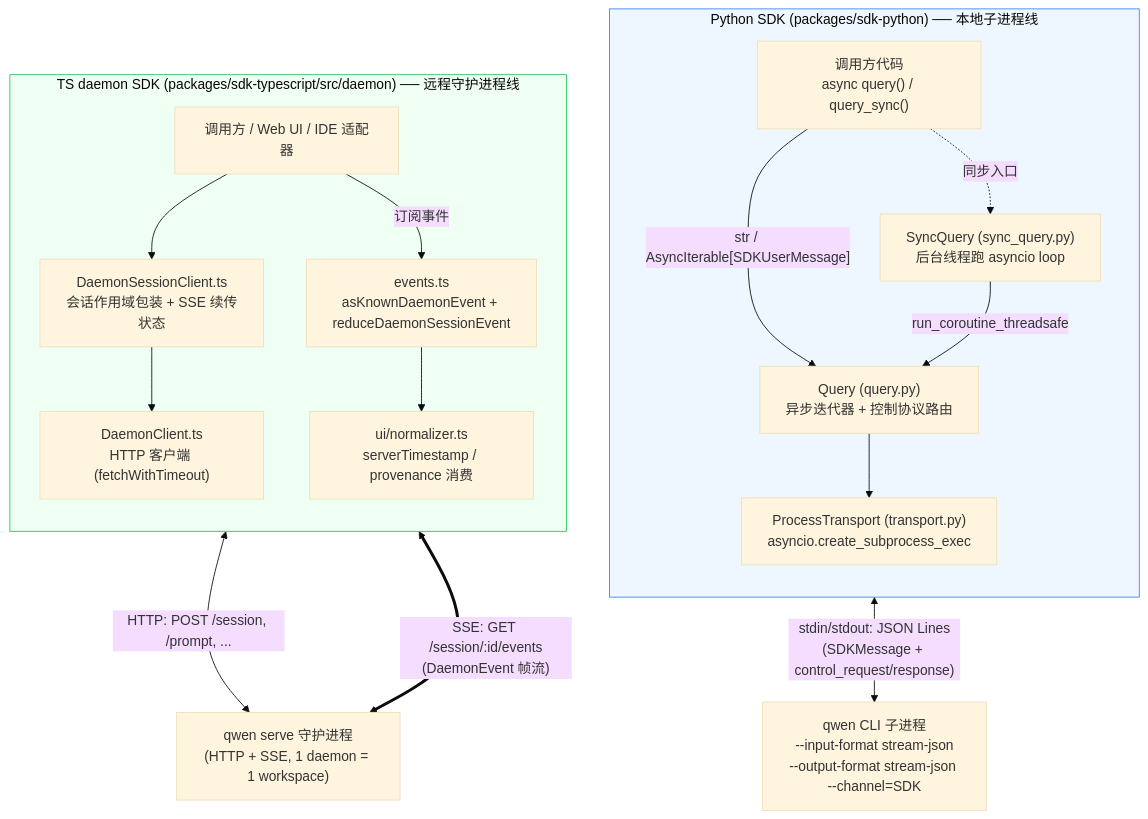
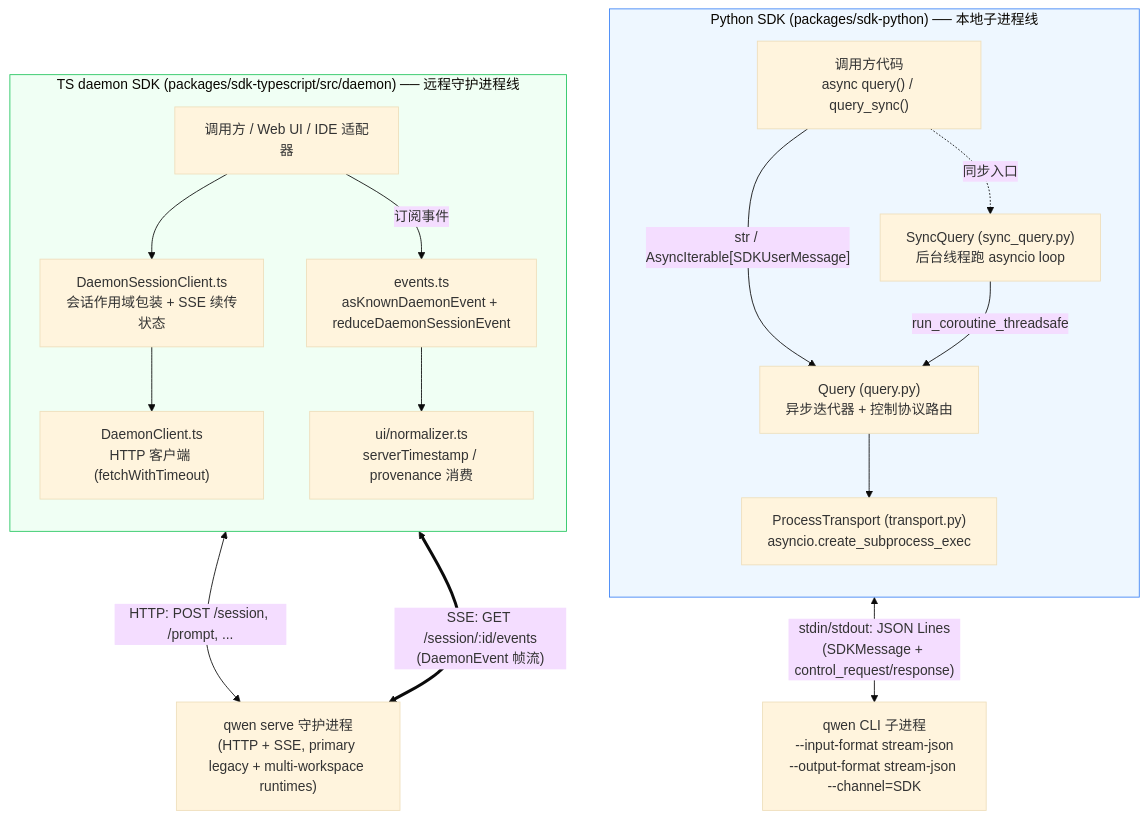
Before and after one commit to doudouOUC/code_agent: the first of 3 diagrams in qwen-code/feature/sdk.md, drawn with Mermaid (base theme). The commit also changed 22 other files, not shown here.

````diff
--- a/qwen-code/feature/sdk.md
+++ b/qwen-code/feature/sdk.md
@@ -27,35 +27,35 @@
 ```mermaid
 flowchart TB
     subgraph PY["Python SDK (packages/sdk-python)  ── 本地子进程线"]
         direction TB
         APP1["调用方代码<br/>async query() / query_sync()"]
         Q["Query (query.py)<br/>异步迭代器 + 控制协议路由"]
         SQ["SyncQuery (sync_query.py)<br/>后台线程跑 asyncio loop"]
         PT["ProcessTransport (transport.py)<br/>asyncio.create_subprocess_exec"]
         APP1 -->|"str / AsyncIterable[SDKUserMessage]"| Q
         APP1 -.->|同步入口| SQ -->|run_coroutine_threadsafe| Q
         Q --> PT
     end
 
     CLI["qwen CLI 子进程<br/>--input-format stream-json<br/>--output-format stream-json --channel=SDK"]
     PT <-->|"stdin/stdout: JSON Lines<br/>(SDKMessage + control_request/response)"| CLI
 
     subgraph TS["TS daemon SDK (packages/sdk-typescript/src/daemon) ── 远程守护进程线"]
         direction TB
         APP2["调用方 / Web UI / IDE 适配器"]
         DSC["DaemonSessionClient.ts<br/>会话作用域包装 + SSE 续传状态"]
         DC["DaemonClient.ts<br/>HTTP 客户端 (fetchWithTimeout)"]
         EV["events.ts<br/>asKnownDaemonEvent + reduceDaemonSessionEvent"]
         NM["ui/normalizer.ts<br/>serverTimestamp / provenance 消费"]
         APP2 --> DSC --> DC
         APP2 -->|订阅事件| EV
         EV --> NM
     end
 
-    DAEMON["qwen serve 守护进程<br/>(HTTP + SSE, 1 daemon = 1 workspace)"]
+    DAEMON["qwen serve 守护进程<br/>(HTTP + SSE, primary legacy + multi-workspace runtimes)"]
     DC <-->|"HTTP: POST /session, /prompt, ..."| DAEMON
     DC <==>|"SSE: GET /session/:id/events<br/>(DaemonEvent 帧流)"| DAEMON
 
     style PY fill:#eef7ff,stroke:#3b82f6
     style TS fill:#f0fff4,stroke:#22c55e
 ```
````
